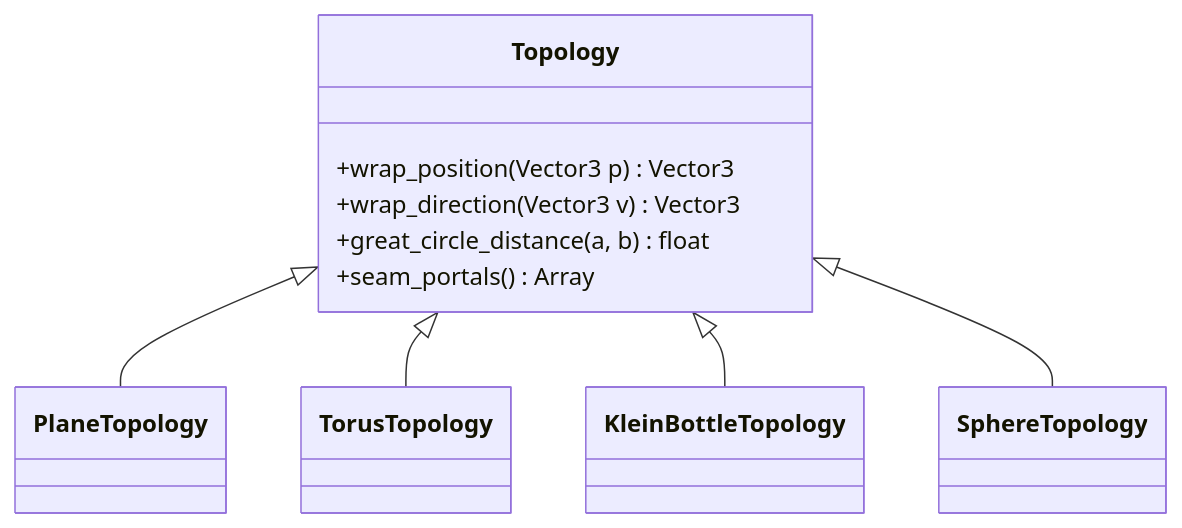
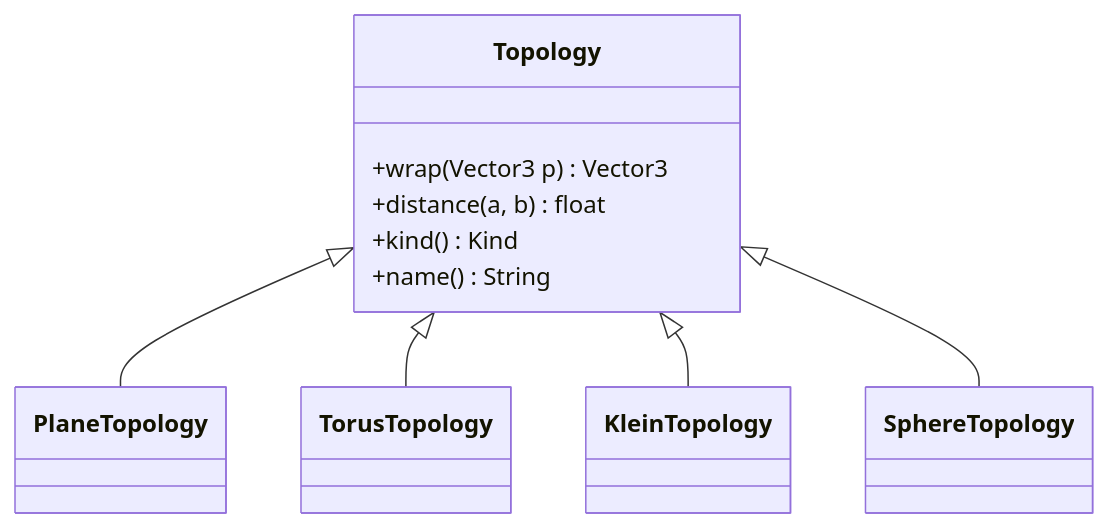
One commit to riczikovacs/clowns-and-mimes-and-rcz changed the second of 9 diagrams in docs/ARCHITECTURE.md. Above: the diagram before and after it, drawn with Mermaid. The commit also changed other lines of this file and 1 other file, not shown here.

Commit message:
docs: align architecture and contributing with shipped reality
ARCHITECTURE described a Topology API surface that never existed
(wrap_direction, seam_portals) and promised A* pathfinding that the
bot AI doesn't yet implement. The diagram now mirrors the actual
GDScript classes and the bot section documents what's actually there
plus the A* follow-up. CONTRIBUTING points at the real per-package
dev commands instead of a non-existent root backend task.

````diff
--- a/docs/ARCHITECTURE.md
+++ b/docs/ARCHITECTURE.md
@@ -137,13 +137,13 @@
 ```mermaid
 classDiagram
   class Topology {
-    +wrap_position(Vector3 p) Vector3
-    +wrap_direction(Vector3 v) Vector3
-    +great_circle_distance(a, b) float
-    +seam_portals() Array
+    +wrap(Vector3 p) Vector3
+    +distance(a, b) float
+    +kind() Kind
+    +name() String
   }
   Topology <|-- PlaneTopology
   Topology <|-- TorusTopology
-  Topology <|-- KleinBottleTopology
+  Topology <|-- KleinTopology
   Topology <|-- SphereTopology
 ```
````
